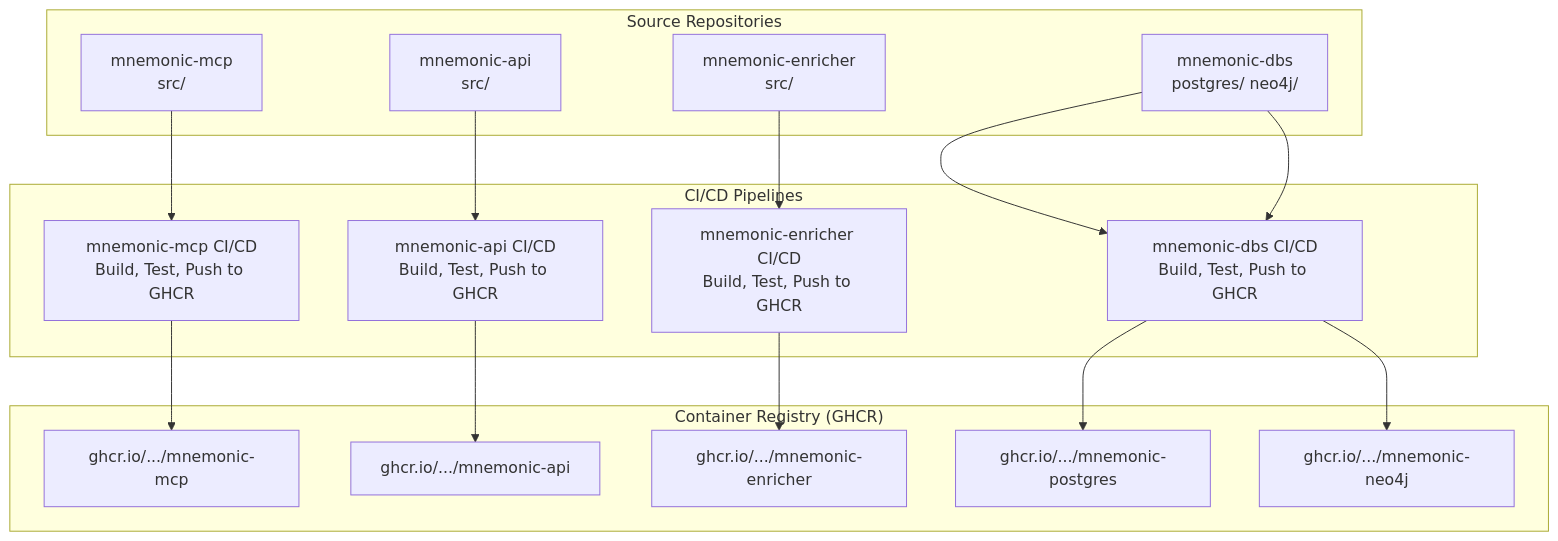
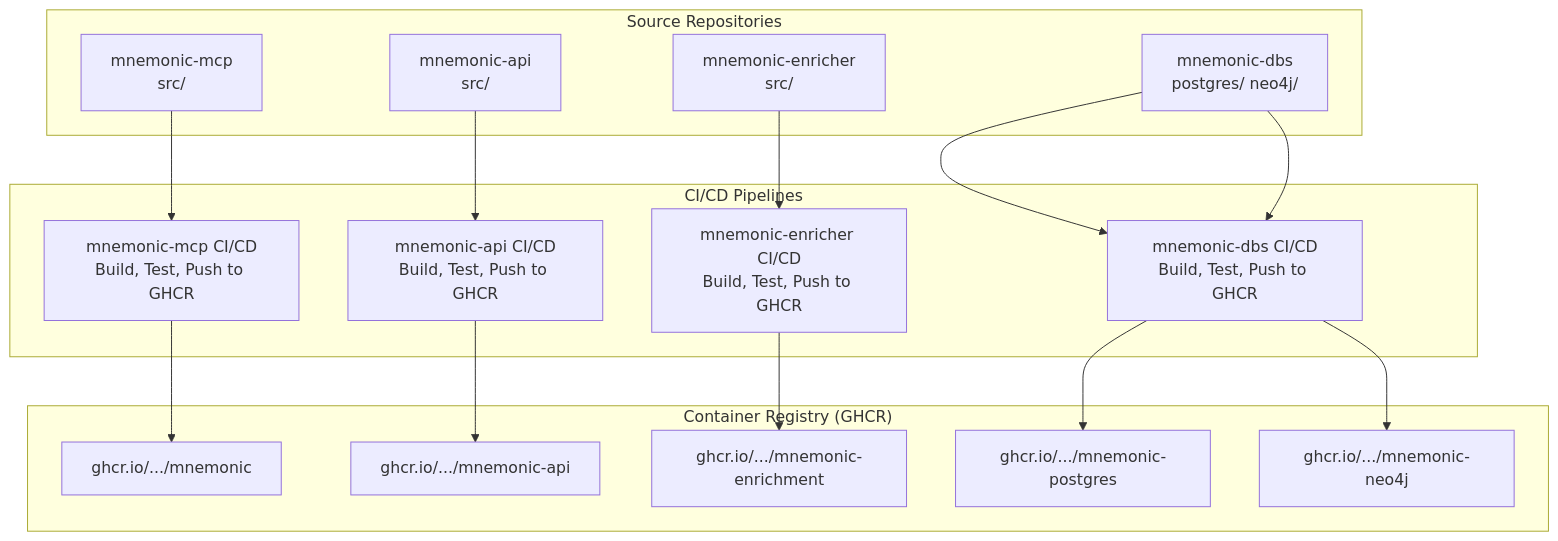
The fifth of 5 diagrams in docs/architecture/system/06-deployment-architecture.md (twistingmercury/mnemonic-docs), drawn with Mermaid before and after one commit. The commit also changed other lines of this file and 41 other files, not shown here.

````diff
--- a/docs/architecture/system/06-deployment-architecture.md
+++ b/docs/architecture/system/06-deployment-architecture.md
@@ -297,30 +315,30 @@
 ```mermaid
 graph TB
     subgraph "Source Repositories"
         MCP_SRC[mnemonic-mcp<br/>src/]
         API_SRC[mnemonic-api<br/>src/]
         ENR_SRC[mnemonic-enricher<br/>src/]
         DBS_SRC[mnemonic-dbs<br/>postgres/ neo4j/]
     end
 
     subgraph "CI/CD Pipelines"
         MCP_CI[mnemonic-mcp CI/CD<br/>Build, Test, Push to GHCR]
         API_CI[mnemonic-api CI/CD<br/>Build, Test, Push to GHCR]
         ENR_CI[mnemonic-enricher CI/CD<br/>Build, Test, Push to GHCR]
         DBS_CI[mnemonic-dbs CI/CD<br/>Build, Test, Push to GHCR]
     end
 
     subgraph "Container Registry (GHCR)"
-        MCP_IMG[ghcr.io/.../mnemonic-mcp]
+        MCP_IMG[ghcr.io/.../mnemonic]
         API_IMG[ghcr.io/.../mnemonic-api]
-        ENR_IMG[ghcr.io/.../mnemonic-enricher]
+        ENR_IMG[ghcr.io/.../mnemonic-enrichment]
         PG_IMG[ghcr.io/.../mnemonic-postgres]
         NEO_IMG[ghcr.io/.../mnemonic-neo4j]
     end
 
     MCP_SRC --> MCP_CI --> MCP_IMG
     API_SRC --> API_CI --> API_IMG
     ENR_SRC --> ENR_CI --> ENR_IMG
     DBS_SRC --> DBS_CI --> PG_IMG
     DBS_SRC --> DBS_CI --> NEO_IMG
 ```
````
